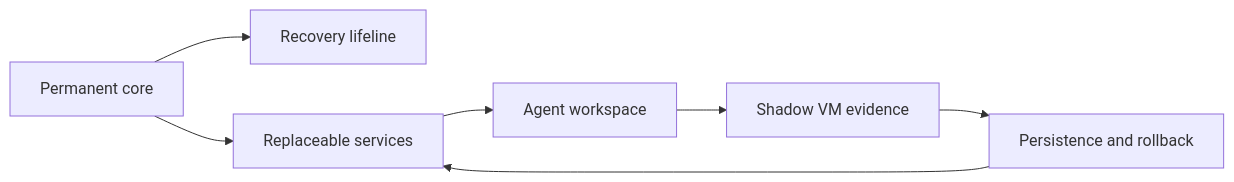
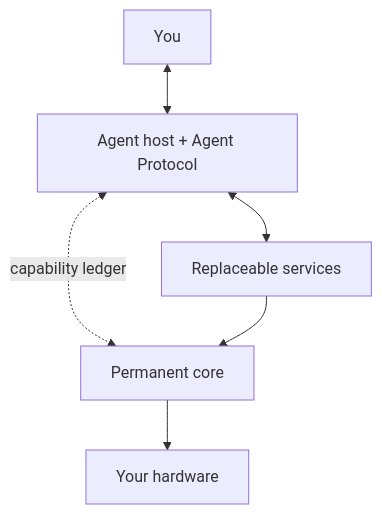
The diagram in README.md (Sportinger/raios), drawn with Mermaid before and after one commit. The commit also changed other lines of this file, not shown here.

````diff
--- a/README.md
+++ b/README.md
@@ -46,16 +65,14 @@
 ```mermaid
-flowchart LR
+flowchart TB
+    user[You]
+    agent[Agent host + Agent Protocol]
+    services[Replaceable services]
     core[Permanent core]
-    recovery[Recovery lifeline]
-    services[Replaceable services]
-    agent[Agent workspace]
-    vm[Shadow VM evidence]
-    persist[Persistence and rollback]
+    hw[Your hardware]
 
-    core --> recovery
-    core --> services
-    services --> agent
-    agent --> vm
-    vm --> persist
-    persist --> services
+    user <--> agent
+    agent <--> services
+    agent <-. capability ledger .-> core
+    services --> core
+    core --> hw
 ```
````
